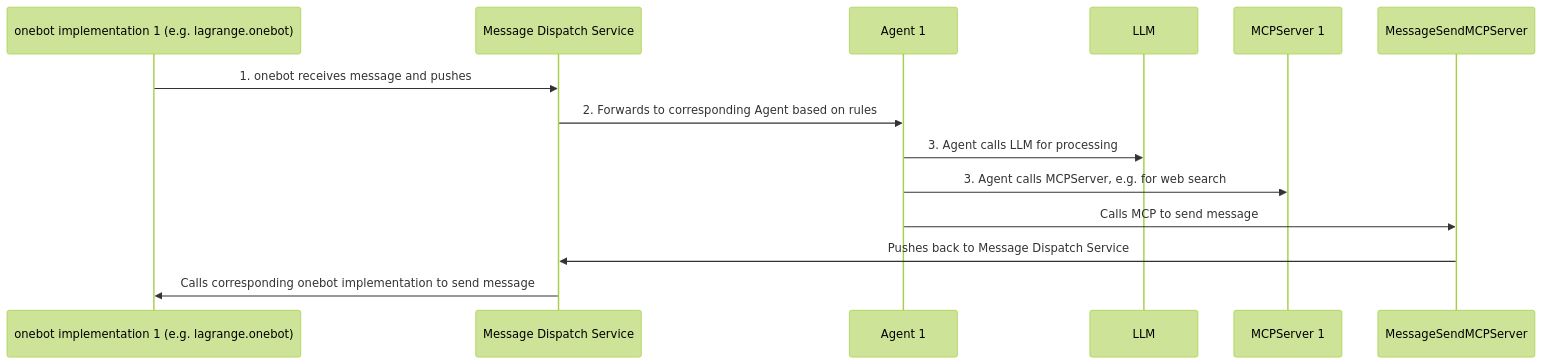
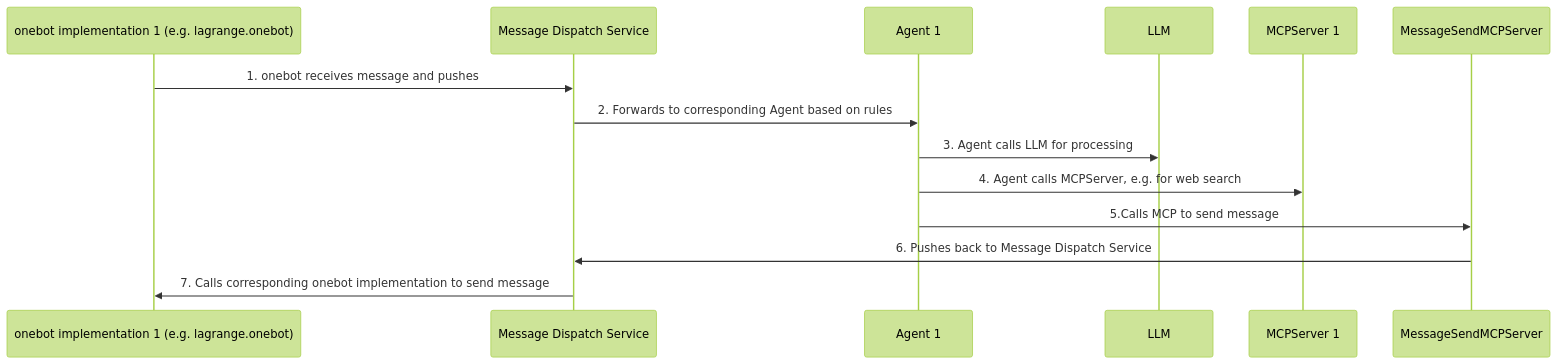
The second of 2 diagrams in README.md (li1553770945/onebot-agent), drawn with Mermaid (forest theme) before and after one commit. The commit also changed 1 other file, not shown here.

Commit message:
feat(docs):修复文档中的错误

````diff
--- a/README.md
+++ b/README.md
@@ -27,10 +27,10 @@
 ```mermaid
 sequenceDiagram
 	onebot implementation 1 (e.g. lagrange.onebot) ->> Message Dispatch Service: 1. onebot receives message and pushes
 	Message Dispatch Service ->> Agent 1: 2. Forwards to corresponding Agent based on rules
 	Agent 1 ->> LLM: 3. Agent calls LLM for processing
-	Agent 1 ->> MCPServer 1: 3. Agent calls MCPServer, e.g. for web search
-	Agent 1 ->> MessageSendMCPServer: Calls MCP to send message
-	MessageSendMCPServer ->> Message Dispatch Service: Pushes back to Message Dispatch Service
-	Message Dispatch Service ->> onebot implementation 1 (e.g. lagrange.onebot): Calls corresponding onebot implementation to send message
+	Agent 1 ->> MCPServer 1: 4. Agent calls MCPServer, e.g. for web search
+	Agent 1 ->> MessageSendMCPServer: 5.Calls MCP to send message
+	MessageSendMCPServer ->> Message Dispatch Service: 6. Pushes back to Message Dispatch Service
+	Message Dispatch Service ->> onebot implementation 1 (e.g. lagrange.onebot): 7. Calls corresponding onebot implementation to send message
 ```
````
